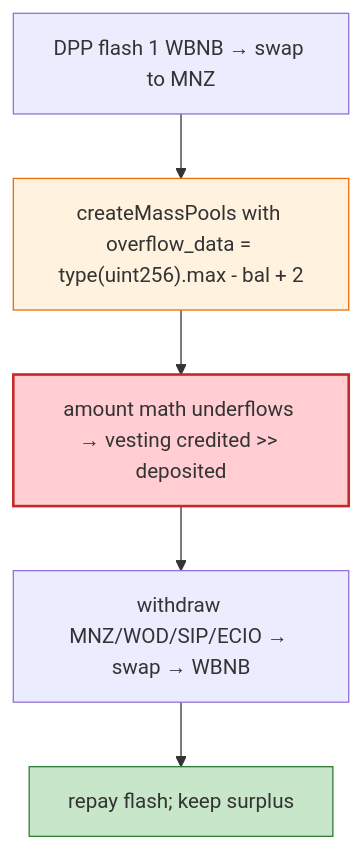
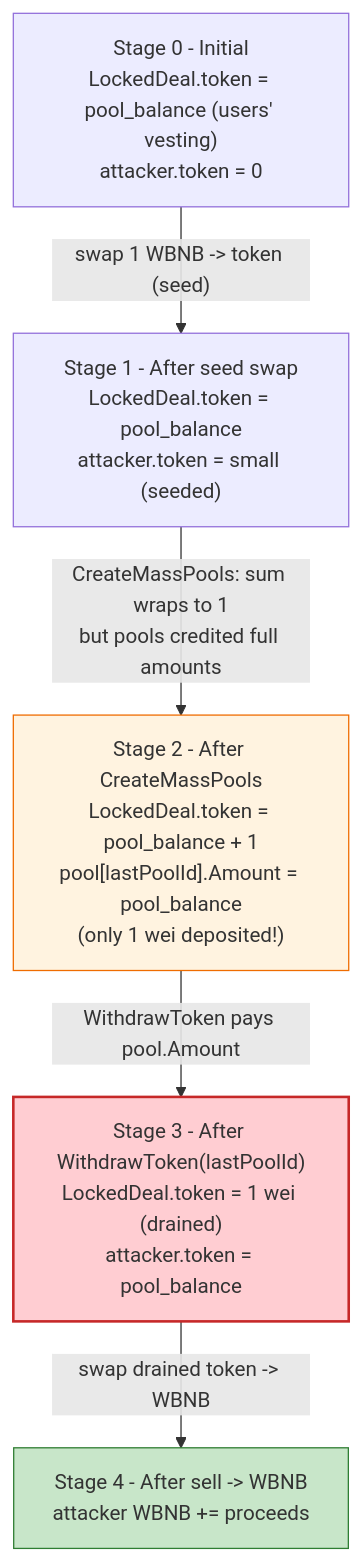
Before and after one commit to sanbir/evm-hack-registry: the second of 4 diagrams in 2023-03-poolz_exp/poolz_exp.md, drawn with Mermaid. The commit also changed other lines of this file and 52 other files, not shown here.

````diff
--- a/2023-03-poolz_exp/poolz_exp.md
+++ b/2023-03-poolz_exp/poolz_exp.md
@@ -46,11 +246,17 @@
 ```mermaid
 flowchart TD
-    FL["DPP flash 1 WBNB → swap to MNZ"] --> C["createMassPools with overflow_data = type(uint256).max - bal + 2"]
-    C --> U["amount math underflows → vesting credited >> deposited"]
-    U --> W["withdraw MNZ/WOD/SIP/ECIO → swap → WBNB"]
-    W --> RP["repay flash; keep surplus"]
+    S0["Stage 0 - Initial<br/>LockedDeal.token = pool_balance (users' vesting)<br/>attacker.token = 0"]
+    S1["Stage 1 - After seed swap<br/>LockedDeal.token = pool_balance<br/>attacker.token = small (seeded)"]
+    S2["Stage 2 - After CreateMassPools<br/>LockedDeal.token = pool_balance + 1<br/>pool[lastPoolId].Amount = pool_balance<br/>(only 1 wei deposited!)"]
+    S3["Stage 3 - After WithdrawToken(lastPoolId)<br/>LockedDeal.token = 1 wei (drained)<br/>attacker.token = pool_balance"]
+    S4["Stage 4 - After sell -> WBNB<br/>attacker WBNB += proceeds"]
 
-    style C fill:#fff3e0,stroke:#ef6c00
-    style U fill:#ffcdd2,stroke:#c62828,stroke-width:2px
-    style RP fill:#c8e6c9,stroke:#2e7d32
+    S0 -->|"swap 1 WBNB -> token (seed)"| S1
+    S1 -->|"CreateMassPools: sum wraps to 1<br/>but pools credited full amounts"| S2
+    S2 -->|"WithdrawToken pays pool.Amount"| S3
+    S3 -->|"swap drained token -> WBNB"| S4
+
+    style S2 fill:#fff3e0,stroke:#ef6c00
+    style S3 fill:#ffcdd2,stroke:#c62828,stroke-width:2px
+    style S4 fill:#c8e6c9,stroke:#2e7d32
 ```
````
